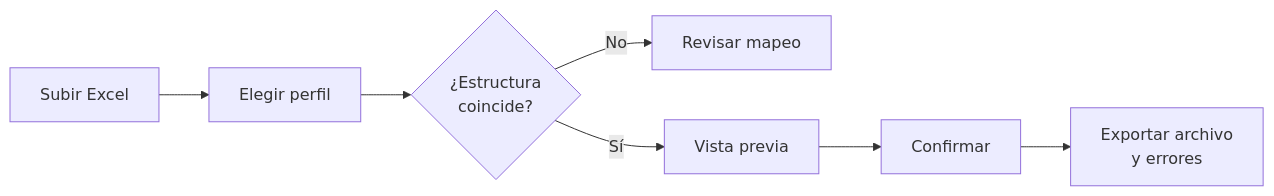
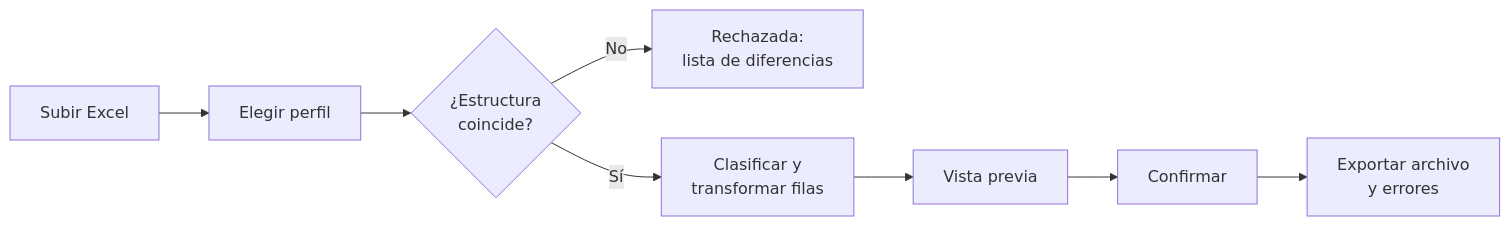
One commit to fraanv1999/TPIFinalDesiderioVazquez changed the second of 2 diagrams in docs/modulos.md. Above: the diagram before and after it, drawn with Mermaid. The commit also changed other lines of this file and 8 other files, not shown here.

````diff
--- a/docs/modulos.md
+++ b/docs/modulos.md
@@ -32,6 +32,6 @@
 ```mermaid
 flowchart LR
     A[Subir Excel] --> B[Elegir perfil] --> C{¿Estructura<br/>coincide?}
-    C -- No --> D[Revisar mapeo]
-    C -- Sí --> E[Vista previa] --> F[Confirmar] --> G[Exportar archivo<br/>y errores]
+    C -- No --> D[Rechazada:<br/>lista de diferencias]
+    C -- Sí --> E[Clasificar y<br/>transformar filas] --> F[Vista previa] --> G[Confirmar] --> H[Exportar archivo<br/>y errores]
 ```
````
